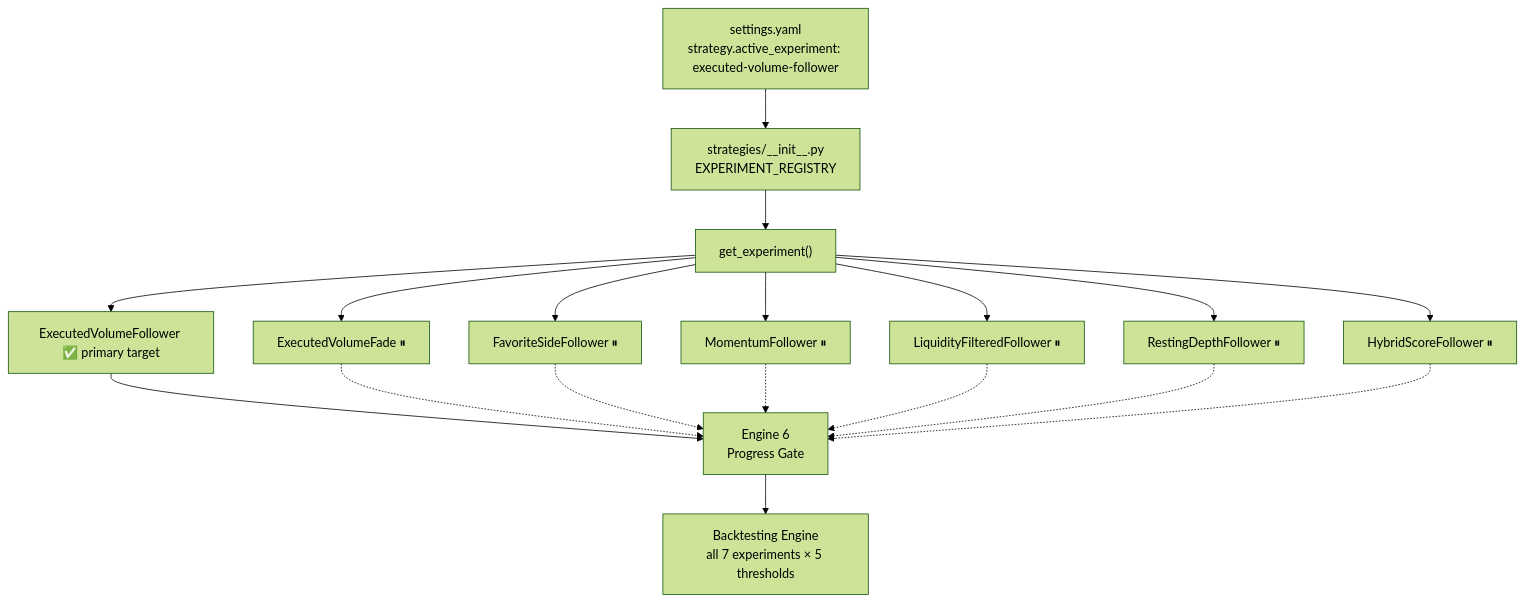
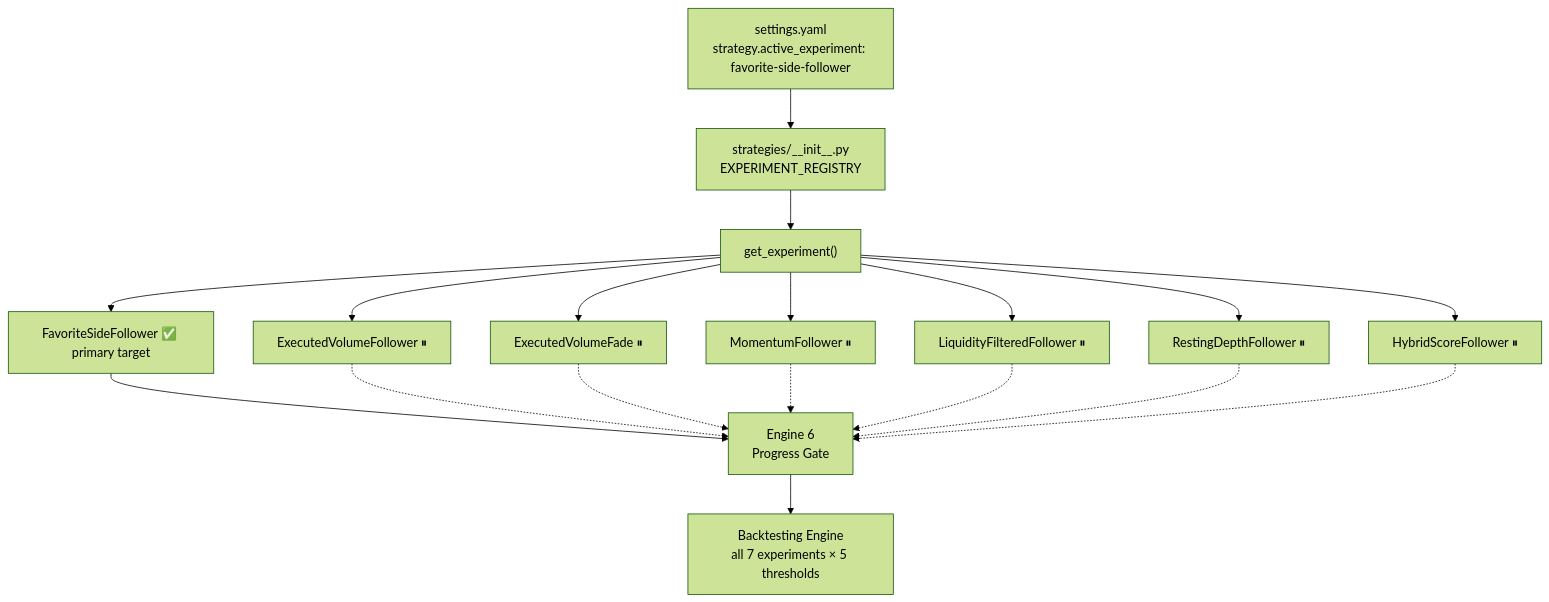
The fifth of 18 diagrams in docs/architecture.md (Danish11512/nunu), drawn with Mermaid (forest theme) before and after one commit. The commit also changed other lines of this file and 28 other files, not shown here.

````diff
--- a/docs/architecture.md
+++ b/docs/architecture.md
@@ -247,22 +249,22 @@
 ```mermaid
 flowchart TB
-    CONFIG["settings.yaml<br/>strategy.active_experiment: executed-volume-follower"] --> REGISTRY
+    CONFIG["settings.yaml<br/>strategy.active_experiment: favorite-side-follower"] --> REGISTRY
     REGISTRY["strategies/__init__.py<br/>EXPERIMENT_REGISTRY"] --> FACTORY["get_experiment()"]
-    FACTORY --> EVF["ExecutedVolumeFollower ✅ primary target"]
+    FACTORY --> FAV["FavoriteSideFollower ✅ primary target"]
+    FACTORY --> EVF["ExecutedVolumeFollower ⏸"]
     FACTORY --> EVFD["ExecutedVolumeFade ⏸"]
-    FACTORY --> FAV["FavoriteSideFollower ⏸"]
     FACTORY --> MOM["MomentumFollower ⏸"]
     FACTORY --> LQF["LiquidityFilteredFollower ⏸"]
     FACTORY --> RDF["RestingDepthFollower ⏸"]
     FACTORY --> HYB["HybridScoreFollower ⏸"]
     
-    EVF --> E6["Engine 6<br/>Progress Gate"]
+    FAV --> E6["Engine 6<br/>Progress Gate"]
+    EVF -.-> E6
     EVFD -.-> E6
-    FAV -.-> E6
     MOM -.-> E6
     LQF -.-> E6
     RDF -.-> E6
     HYB -.-> E6
     
     E6 --> BT["Backtesting Engine<br/>all 7 experiments × 5 thresholds"]
 ```
````
